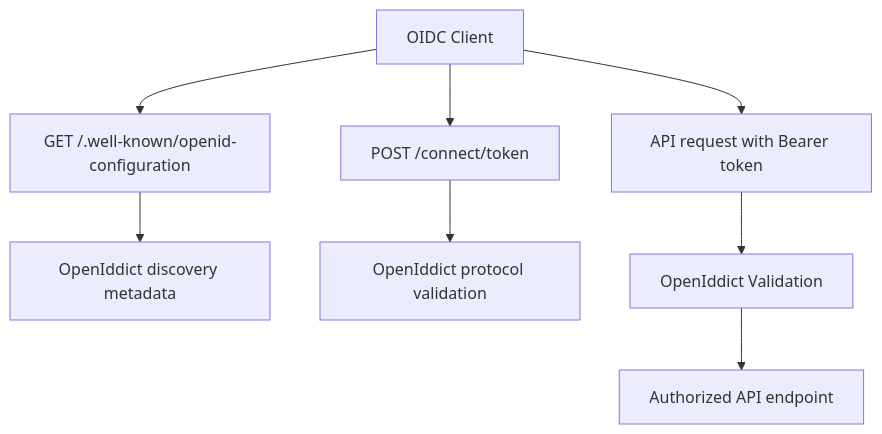
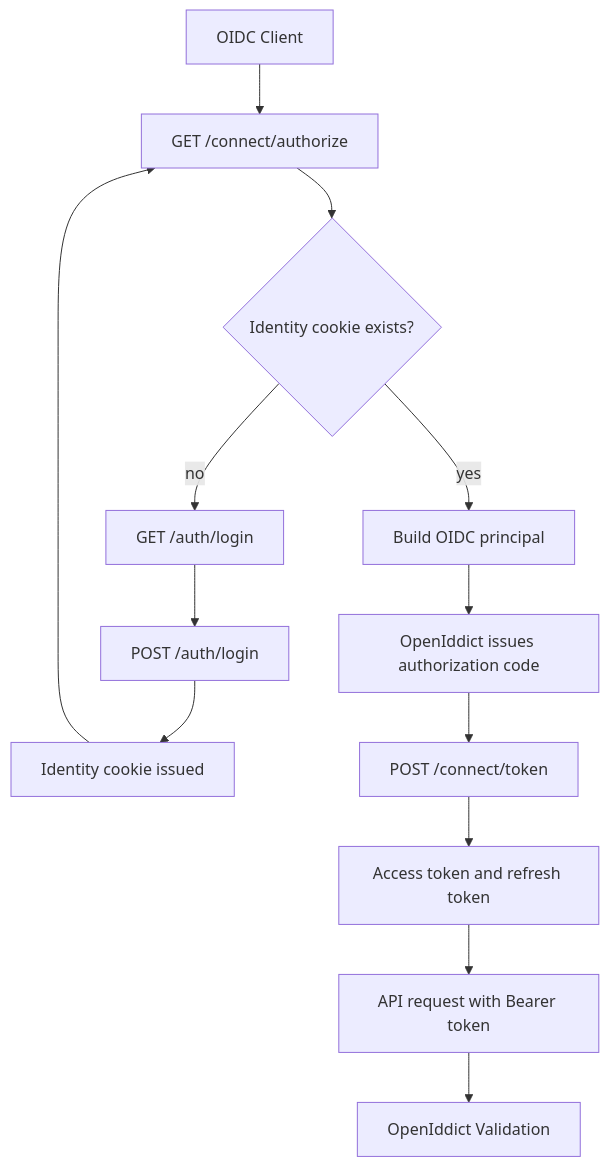
One commit to Kamil9223/GuitarStore changed the first of 3 diagrams in GuitarStore/.ai/Auth_Flow.md. Above: the diagram before and after it, drawn with Mermaid. The commit also changed other lines of this file and 28 other files, not shown here.

````diff
--- a/GuitarStore/.ai/Auth_Flow.md
+++ b/GuitarStore/.ai/Auth_Flow.md
@@ -97,10 +123,15 @@
 ```mermaid
 flowchart TD
-    A[OIDC Client] --> B[GET /.well-known/openid-configuration]
-    B --> C[OpenIddict discovery metadata]
-    A --> D[POST /connect/token]
-    D --> E[OpenIddict protocol validation]
-    A --> F[API request with Bearer token]
-    F --> G[OpenIddict Validation]
-    G --> H[Authorized API endpoint]
+    A[OIDC Client] --> B[GET /connect/authorize]
+    B --> C{Identity cookie exists?}
+    C -- no --> D[GET /auth/login]
+    D --> E[POST /auth/login]
+    E --> F[Identity cookie issued]
+    F --> B
+    C -- yes --> G[Build OIDC principal]
+    G --> H[OpenIddict issues authorization code]
+    H --> I[POST /connect/token]
+    I --> J[Access token and refresh token]
+    J --> K[API request with Bearer token]
+    K --> L[OpenIddict Validation]
 ```
````
